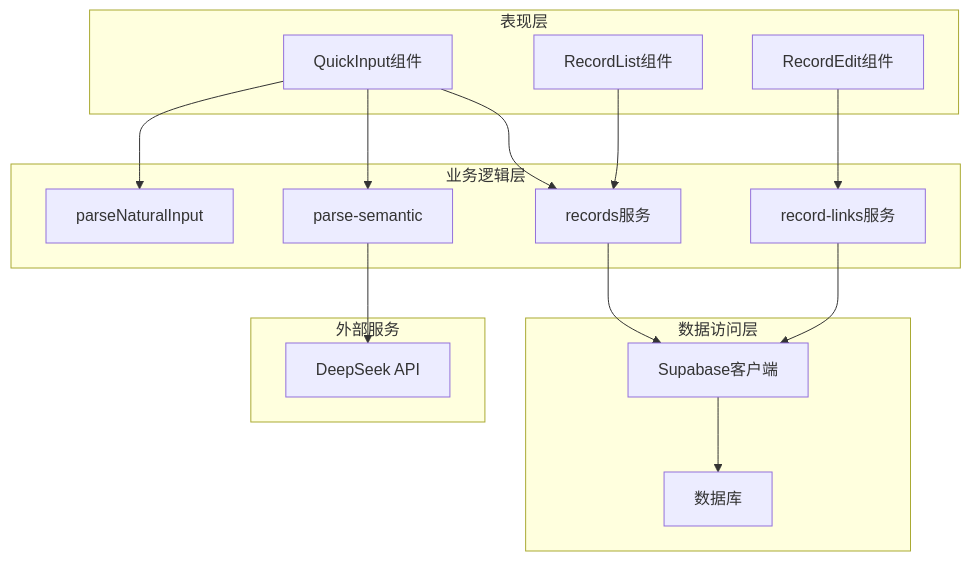
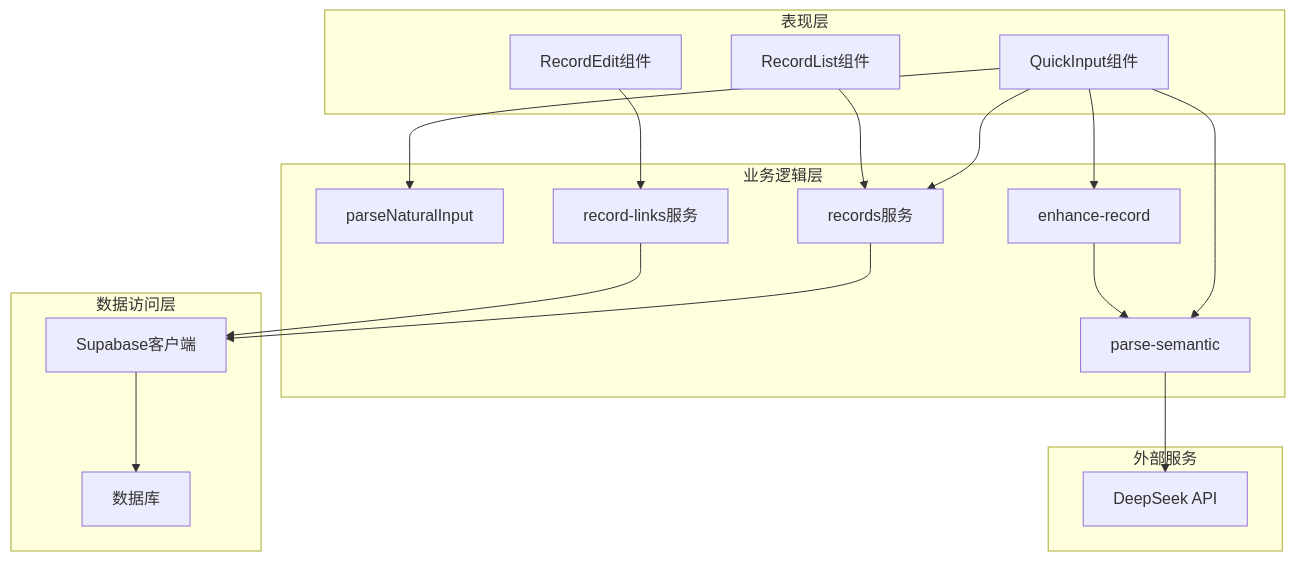
One commit to bbong1234/TETO changed the seventh of 7 diagrams in .qoder/repowiki/zh/content/核心功能模块/记录管理系统/记录录入功能.md. Above: the diagram before and after it, drawn with Mermaid. The commit also changed other lines of this file and 134 other files, not shown here.

````diff
--- a/.qoder/repowiki/zh/content/核心功能模块/记录管理系统/记录录入功能.md
+++ b/.qoder/repowiki/zh/content/核心功能模块/记录管理系统/记录录入功能.md
@@ -334,30 +431,33 @@
 ```mermaid
 graph TB
 subgraph "表现层"
 QuickInput[QuickInput组件]
 RecordList[RecordList组件]
 RecordEdit[RecordEdit组件]
 end
 subgraph "业务逻辑层"
 ParseUtils[parseNaturalInput]
-AISemantic[parse-semantic]
+ParseSemantic[parse-semantic]
+EnhanceRecord[enhance-record]
 RecordService[records服务]
 LinkService[record-links服务]
 end
 subgraph "数据访问层"
 SupabaseClient[Supabase客户端]
 DB[数据库]
 end
 subgraph "外部服务"
 DeepSeekAPI[DeepSeek API]
 end
 QuickInput --> ParseUtils
-QuickInput --> AISemantic
+QuickInput --> ParseSemantic
+QuickInput --> EnhanceRecord
 QuickInput --> RecordService
 RecordList --> RecordService
 RecordEdit --> LinkService
 RecordService --> SupabaseClient
 LinkService --> SupabaseClient
-AISemantic --> DeepSeekAPI
+EnhanceRecord --> ParseSemantic
+ParseSemantic --> DeepSeekAPI
 SupabaseClient --> DB
 ```
````
